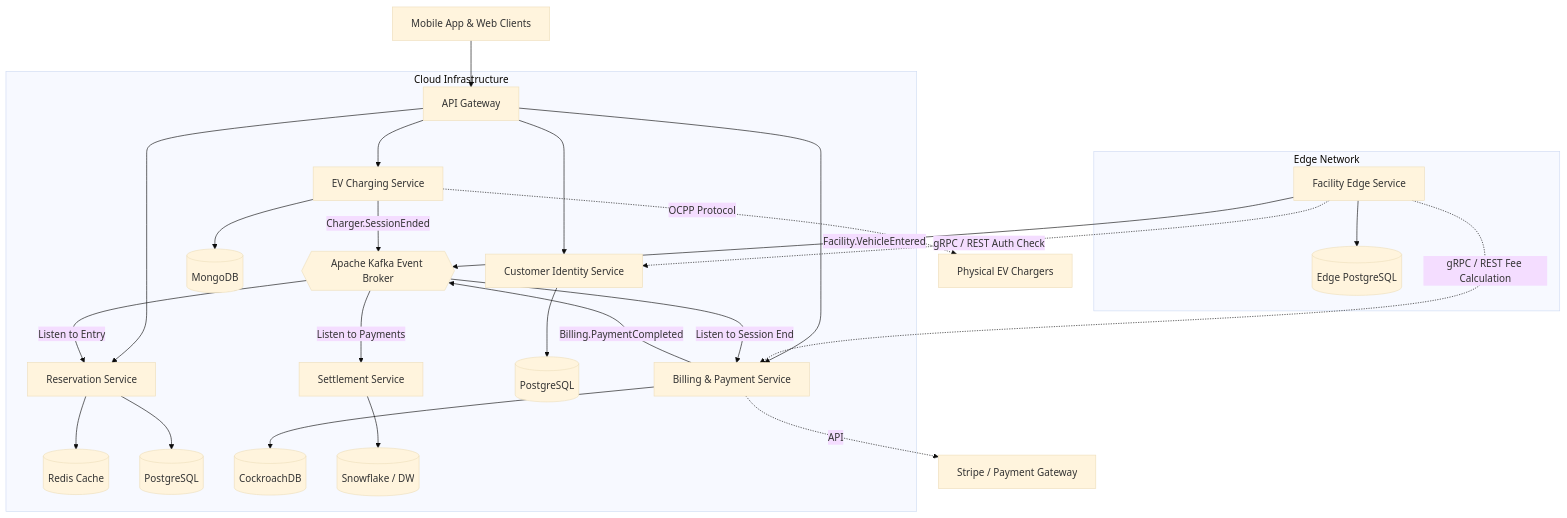
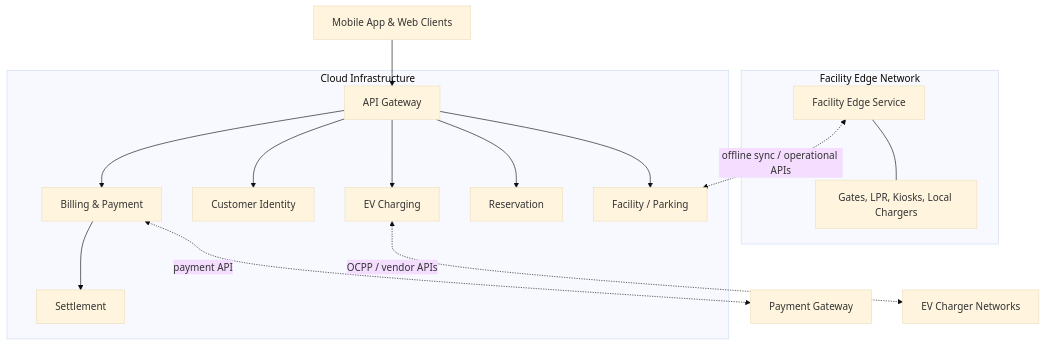
One commit to phuocnguyen90/msse changed the first of 4 diagrams in project_3_software_design/10_Microservices_Architecture.md. Above: the diagram before and after it, drawn with Mermaid (base theme). The commit also changed other lines of this file and 7 other files, not shown here.

````diff
--- a/project_3_software_design/10_Microservices_Architecture.md
+++ b/project_3_software_design/10_Microservices_Architecture.md
@@ -7,38 +9,24 @@
 ```mermaid
 flowchart TD
     Client["Mobile App & Web Clients"] --> API["API Gateway"]
 
-    subgraph "Edge Network"
-        FS["Facility Edge Service"] --> FDB[("Edge PostgreSQL")]
+    subgraph "Facility Edge Network"
+        FS["Facility Edge Service"]
+        LocalDevices["Gates, LPR, Kiosks, Local Chargers"]
+        FS --- LocalDevices
     end
 
     subgraph "Cloud Infrastructure"
-        API --> RS["Reservation Service"]
-        API --> EV["EV Charging Service"]
-        API --> CS["Customer Identity Service"]
-        API --> BS["Billing & Payment Service"]
-
-        RS --> RDB1[("Redis Cache")]
-        RS --> RDB2[("PostgreSQL")]
-        EV --> EVDB[("MongoDB")]
-        CS --> CSDB[("PostgreSQL")]
-        BS --> BSDB[("CockroachDB")]
-        SS["Settlement Service"] --> SSDB[("Snowflake / DW")]
-
-        FS -.->|"gRPC / REST Auth Check"| CS
-        FS -.->|"gRPC / REST Fee Calculation"| BS
-
-        Kafka{{"Apache Kafka Event Broker"}}
-
-        FS -->|"Facility.VehicleEntered"| Kafka
-        EV -->|"Charger.SessionEnded"| Kafka
-        BS -->|"Billing.PaymentCompleted"| Kafka
-
-        Kafka -->|"Listen to Entry"| RS
-        Kafka -->|"Listen to Session End"| BS
-        Kafka -->|"Listen to Payments"| SS
+        API --> Parking["Facility / Parking"]
+        API --> Reservation["Reservation"]
+        API --> Charging["EV Charging"]
+        API --> Customer["Customer Identity"]
+        API --> Billing["Billing & Payment"]
+        Settlement["Settlement"]
     end
 
-    EV -.->|"OCPP Protocol"| Hardware["Physical EV Chargers"]
-    BS -.->|"API"| Stripe["Stripe / Payment Gateway"]
+    FS <-.->|"offline sync / operational APIs"| Parking
+    Charging <-.->|"OCPP / vendor APIs"| ChargerNetwork["EV Charger Networks"]
+    Billing <-.->|"payment API"| PaymentGateway["Payment Gateway"]
+    Billing --> Settlement
 ```
````
